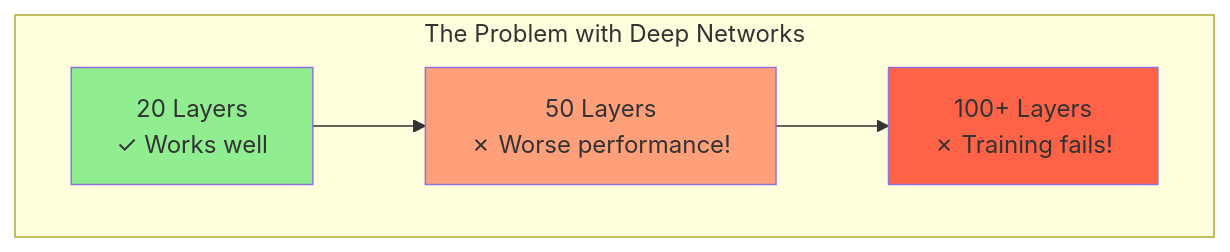
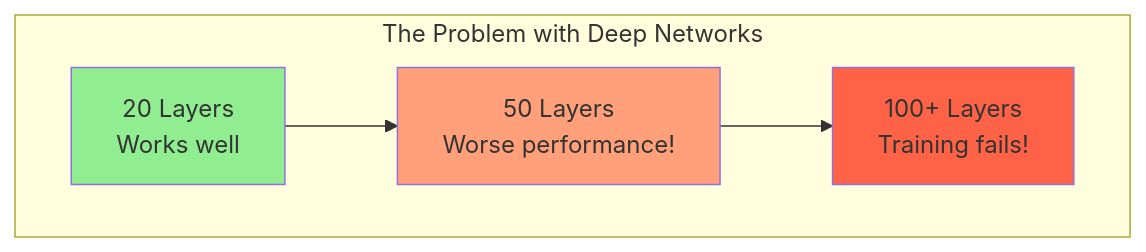
Before and after one commit to Vtheonly/Obsidian_Notes: diagram 12 of 22 in AI/Non Academic/Machine Learning/04. Artificial Neural Networks (ANN) & Deep Learning.md, drawn with Mermaid. The commit also changed other lines of this file and 148 other files, not shown here.

````diff
--- a/AI/Non Academic/Machine Learning/04. Artificial Neural Networks (ANN) & Deep Learning.md
+++ b/AI/Non Academic/Machine Learning/04. Artificial Neural Networks (ANN) & Deep Learning.md
@@ -590,14 +590,14 @@
 ```mermaid
 flowchart TB
     subgraph Problem["The Problem with Deep Networks"]
-        D20["20 Layers<br/>✓ Works well"]
-        D50["50 Layers<br/>✗ Worse performance!"]
-        D100["100+ Layers<br/>✗ Training fails!"]
+        D20["20 Layers<br/> Works well"]
+        D50["50 Layers<br/> Worse performance!"]
+        D100["100+ Layers<br/> Training fails!"]
     end
     
     D20 --> D50 --> D100
     
     style D20 fill:#90EE90
     style D50 fill:#FFA07A
     style D100 fill:#FF6347
 ```
````
